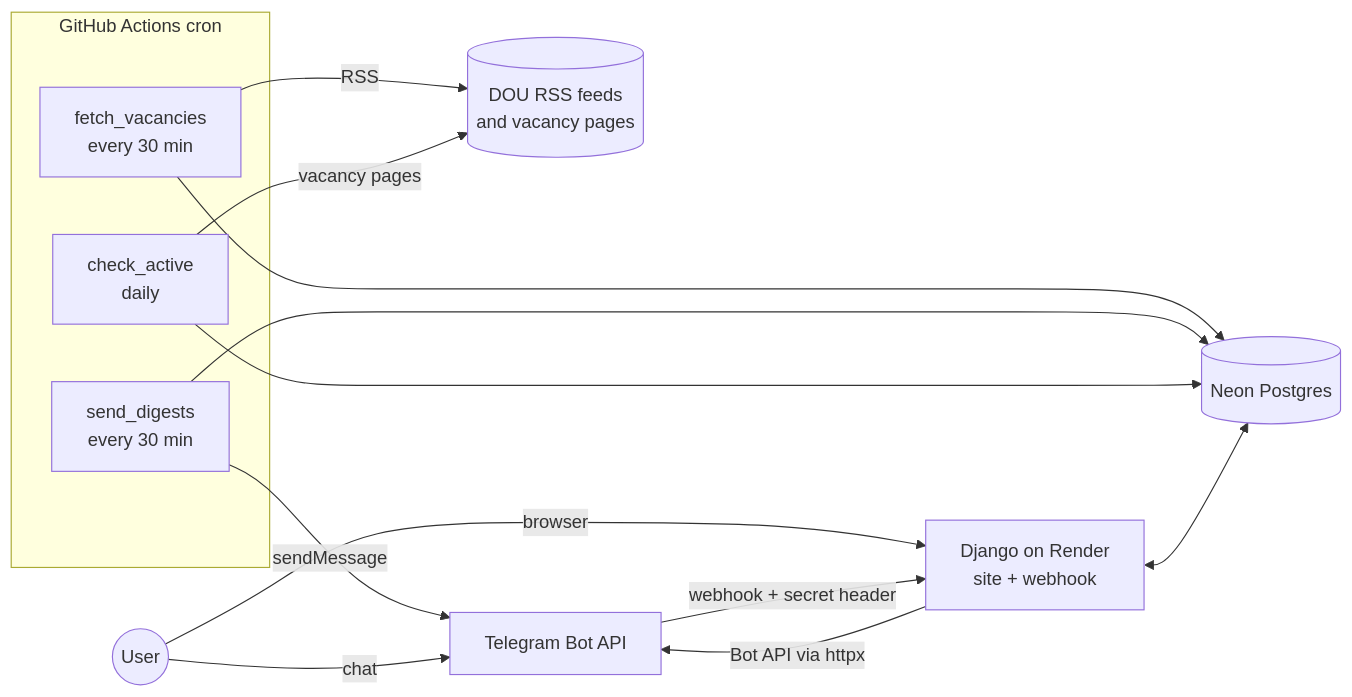
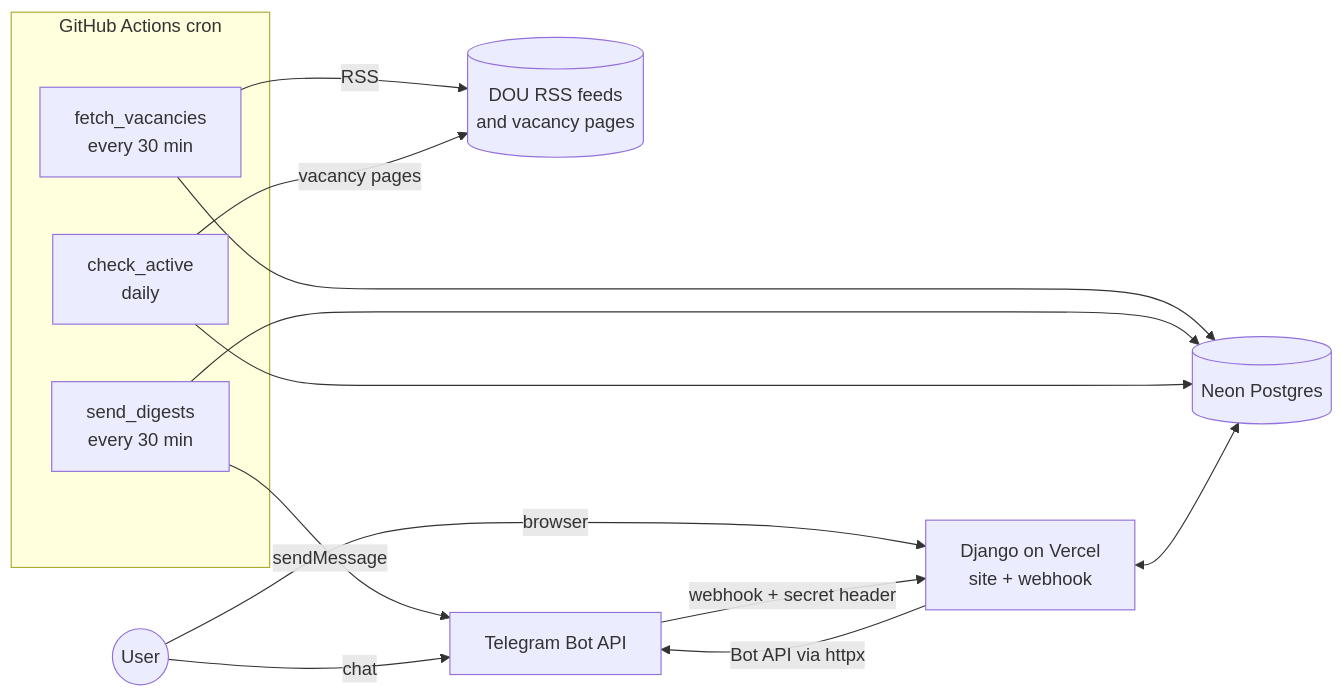
The diagram in README.md (KIB101D/job-radar), drawn with Mermaid before and after one commit. The commit also changed other lines of this file and 1 other file, not shown here.

Commit message:
docs: Vercel deploy guide

````diff
--- a/README.md
+++ b/README.md
@@ -15,23 +15,23 @@
 ```mermaid
 flowchart LR
     subgraph GA[GitHub Actions cron]
         F[fetch_vacancies<br/>every 30 min]
         D[send_digests<br/>every 30 min]
         C[check_active<br/>daily]
     end
     DOU[(DOU RSS feeds<br/>and vacancy pages)]
     DB[(Neon Postgres)]
-    W[Django on Render<br/>site + webhook]
+    W[Django on Vercel<br/>site + webhook]
     TG[Telegram Bot API]
     U((User))
 
     F -- RSS --> DOU
     C -- vacancy pages --> DOU
     F & D & C --> DB
     D -- sendMessage --> TG
     U -- browser --> W
     U -- chat --> TG
     TG -- webhook + secret header --> W
     W -- Bot API via httpx --> TG
     W <--> DB
 ```
````
